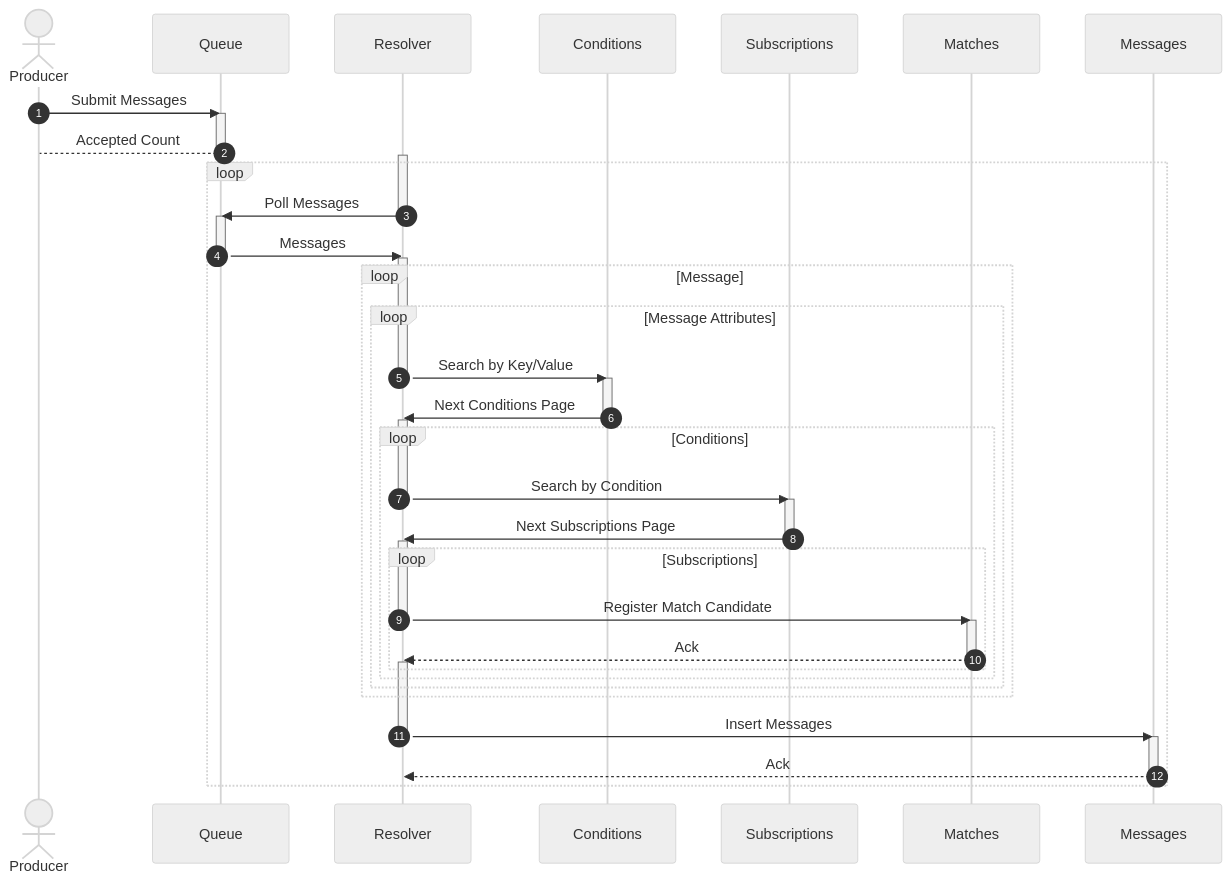
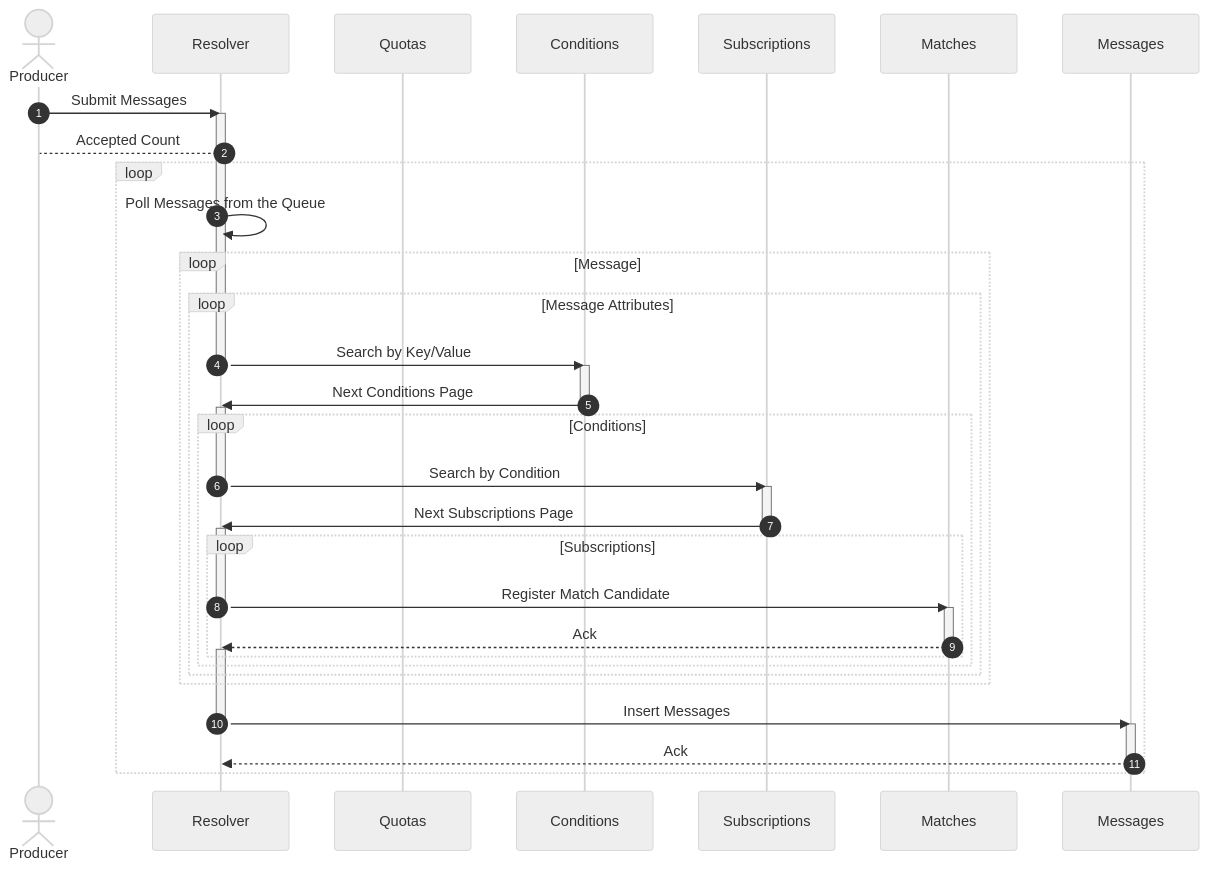
Before and after one commit to awakari/.github: the first of 2 diagrams in profile/README.md, drawn with Mermaid. The commit also changed other lines of this file, not shown here.

Commit message:
readme update

````diff
--- a/profile/README.md
+++ b/profile/README.md
@@ -121,78 +122,69 @@
 ```mermaid
 %%{init: {'theme': 'neutral' } }%%
 sequenceDiagram
 
     autonumber
 
     actor Producer
-    participant Queue
     participant Resolver
+    participant Quotas
     participant Conditions
     participant Subscriptions
     participant Matches
     participant Messages
 
-    Producer->>Queue: Submit Messages
-    activate Queue
-    Queue-->Producer: Accepted Count
-    deactivate Queue
+    Producer->>Resolver: Submit Messages
+    activate Resolver
+    Resolver-->Producer: Accepted Count
     
-    activate Resolver
     loop
     
-        Resolver->>Queue: Poll Messages
-        deactivate Resolver
-        
-        activate Queue
-        Queue->>Resolver: Messages
-        deactivate Queue
-    
-        activate Resolver
+        Resolver->>Resolver: Poll Messages from the Queue
         loop Message
         
             loop Message Attributes
             
                 Resolver->>Conditions: Search by Key/Value
                 deactivate Resolver
                 
                 activate Conditions
                 Conditions->>Resolver: Next Conditions Page
                 deactivate Conditions
                 
                 activate Resolver
                 loop Conditions
                     
                     Resolver->>Subscriptions: Search by Condition
                     deactivate Resolver
                     
                     activate Subscriptions
                     Subscriptions->>Resolver: Next Subscriptions Page
                     deactivate Subscriptions
                     
                     activate Resolver
                     loop Subscriptions
                         
                         Resolver->>Matches: Register Match Candidate
                         deactivate Resolver
                         
                         activate Matches
                         Matches-->>Resolver: Ack
                         deactivate Matches
                         
                         activate Resolver
                         
                     end
                 end
             end
         end
         
         Resolver->>Messages: Insert Messages
         deactivate Resolver
         
         activate Messages
         Messages-->>Resolver: Ack
         deactivate Messages
         
         activate Resolver
     end
 ```
````
